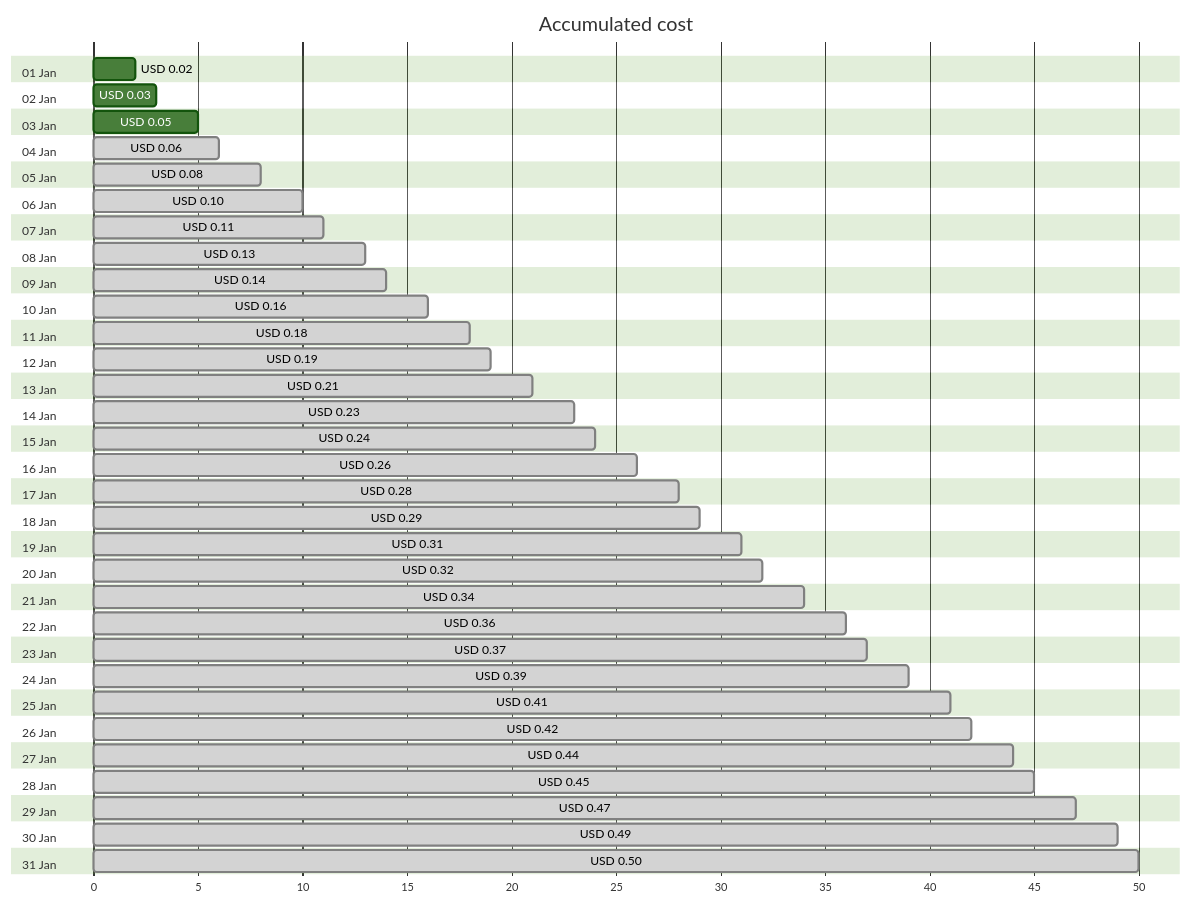
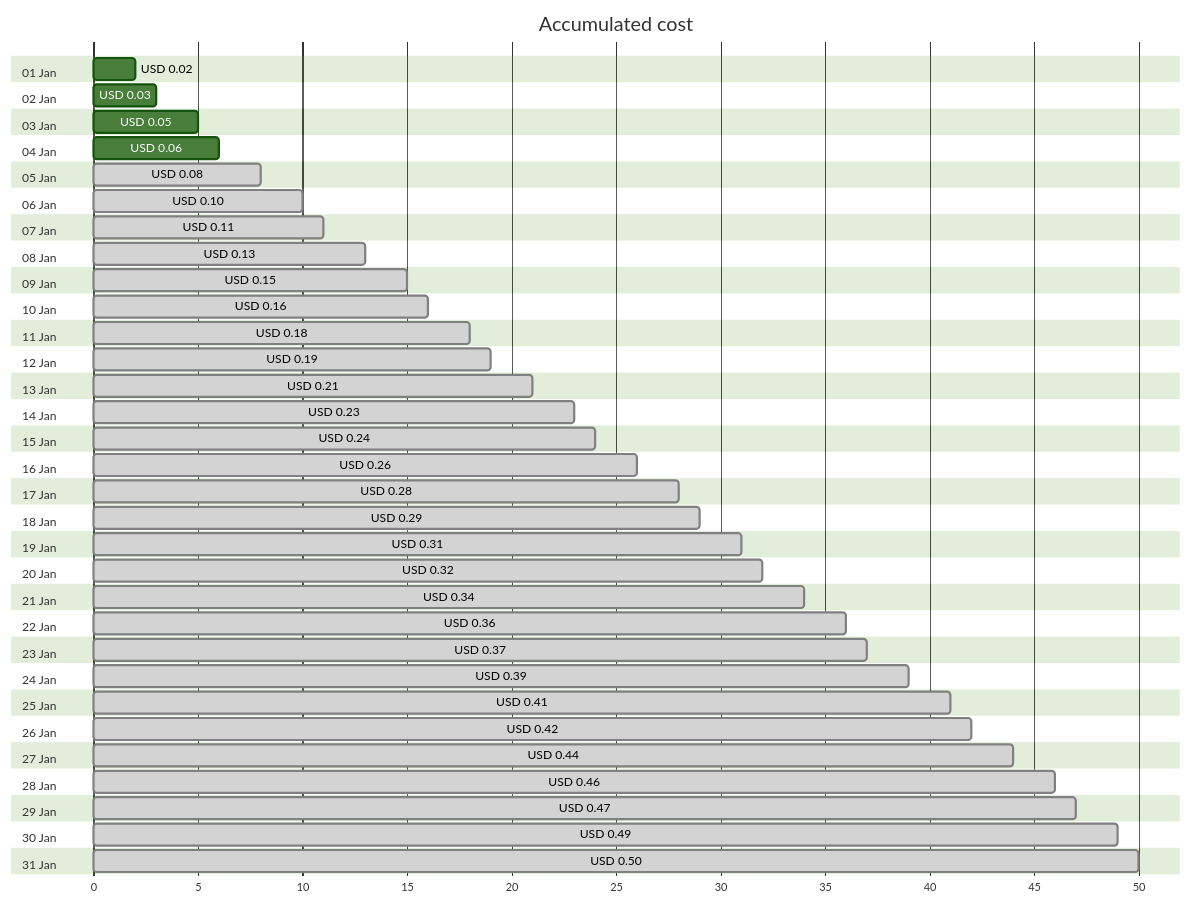
One commit to jpfulton/azure-personal-reports changed the first of 4 diagrams in cost-reports/personal-dns/jpatrickfulton.com.md. Above: the diagram before and after it, drawn with Mermaid (forest theme). The commit also changed other lines of this file and 2 other files, not shown here.

````diff
--- a/cost-reports/personal-dns/jpatrickfulton.com.md
+++ b/cost-reports/personal-dns/jpatrickfulton.com.md
@@ -20,68 +20,68 @@
 ```mermaid
 gantt
    title Accumulated cost
    dateFormat  X
    axisFormat %s
    section 01 Jan
    USD 0.02 :0, 2
    section 02 Jan
    USD 0.03 :0, 3
    section 03 Jan
    USD 0.05 :0, 5
    section 04 Jan
-   USD 0.06 : done, 0, 6
+   USD 0.06 :0, 6
    section 05 Jan
    USD 0.08 : done, 0, 8
    section 06 Jan
    USD 0.10 : done, 0, 10
    section 07 Jan
    USD 0.11 : done, 0, 11
    section 08 Jan
    USD 0.13 : done, 0, 13
    section 09 Jan
-   USD 0.14 : done, 0, 14
+   USD 0.15 : done, 0, 15
    section 10 Jan
    USD 0.16 : done, 0, 16
    section 11 Jan
    USD 0.18 : done, 0, 18
    section 12 Jan
    USD 0.19 : done, 0, 19
    section 13 Jan
    USD 0.21 : done, 0, 21
    section 14 Jan
    USD 0.23 : done, 0, 23
    section 15 Jan
    USD 0.24 : done, 0, 24
    section 16 Jan
    USD 0.26 : done, 0, 26
    section 17 Jan
    USD 0.28 : done, 0, 28
    section 18 Jan
    USD 0.29 : done, 0, 29
    section 19 Jan
    USD 0.31 : done, 0, 31
    section 20 Jan
    USD 0.32 : done, 0, 32
    section 21 Jan
    USD 0.34 : done, 0, 34
    section 22 Jan
    USD 0.36 : done, 0, 36
    section 23 Jan
    USD 0.37 : done, 0, 37
    section 24 Jan
    USD 0.39 : done, 0, 39
    section 25 Jan
    USD 0.41 : done, 0, 41
    section 26 Jan
    USD 0.42 : done, 0, 42
    section 27 Jan
    USD 0.44 : done, 0, 44
    section 28 Jan
-   USD 0.45 : done, 0, 45
+   USD 0.46 : done, 0, 46
    section 29 Jan
    USD 0.47 : done, 0, 47
    section 30 Jan
    USD 0.49 : done, 0, 49
    section 31 Jan
    USD 0.50 : done, 0, 50
 ```
````
